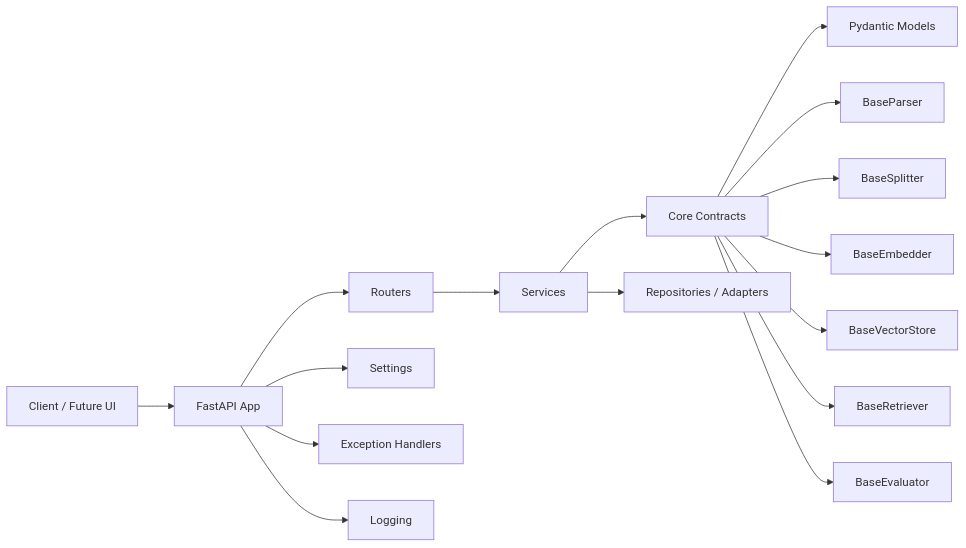
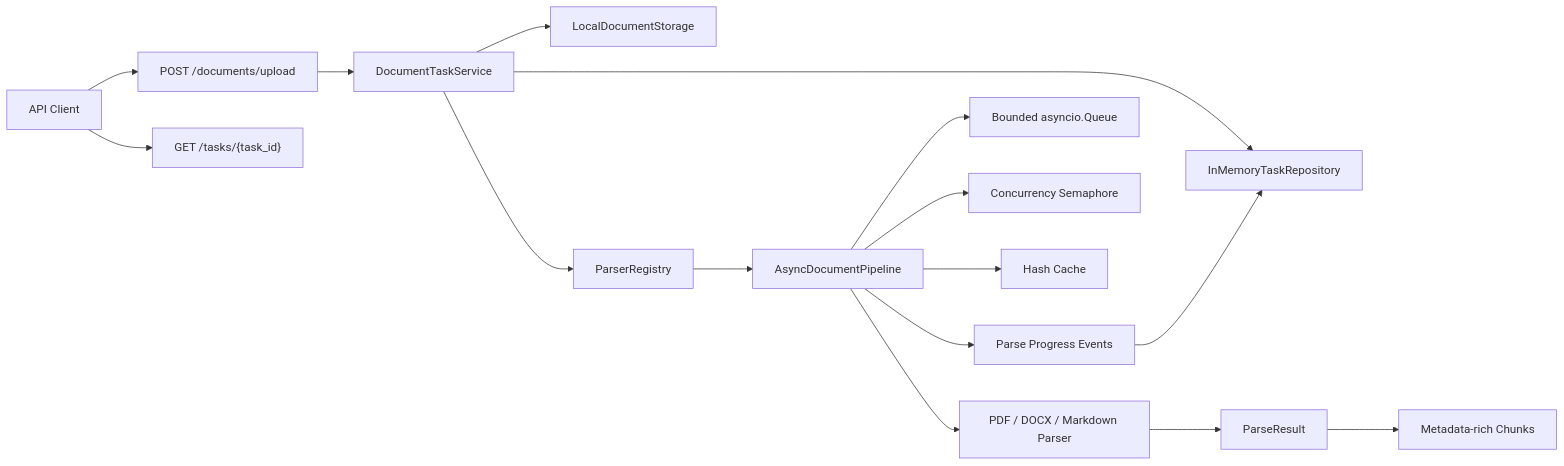
Before and after one commit to EricZhang-LK/enterprise-rag-engine: the diagram in README.md, drawn with Mermaid. The commit also changed other lines of this file and 6 other files, not shown here.

````diff
--- a/README.md
+++ b/README.md
@@ -81,20 +34,21 @@
 ```mermaid
 flowchart LR
-    Client["Client / Future UI"] --> API["FastAPI App"]
-    API --> Router["Routers"]
-    Router --> Service["Services"]
-    Service --> Contracts["Core Contracts"]
-    Contracts --> Models["Pydantic Models"]
-    Service --> Repository["Repositories / Adapters"]
+    Client["API Client"] --> Upload["POST /documents/upload"]
+    Client --> TaskAPI["GET /tasks/{task_id}"]
 
-    Contracts --> Parser["BaseParser"]
-    Contracts --> Splitter["BaseSplitter"]
-    Contracts --> Embedder["BaseEmbedder"]
-    Contracts --> VectorStore["BaseVectorStore"]
-    Contracts --> Retriever["BaseRetriever"]
-    Contracts --> Evaluator["BaseEvaluator"]
+    Upload --> Service["DocumentTaskService"]
+    Service --> Storage["LocalDocumentStorage"]
+    Service --> TaskRepo["InMemoryTaskRepository"]
+    Service --> Registry["ParserRegistry"]
 
-    API --> Settings["Settings"]
-    API --> Errors["Exception Handlers"]
-    API --> Logging["Logging"]
+    Registry --> Pipeline["AsyncDocumentPipeline"]
+    Pipeline --> Queue["Bounded asyncio.Queue"]
+    Pipeline --> Semaphore["Concurrency Semaphore"]
+    Pipeline --> Cache["Hash Cache"]
+    Pipeline --> Events["Parse Progress Events"]
+    Events --> TaskRepo
+
+    Pipeline --> Parser["PDF / DOCX / Markdown Parser"]
+    Parser --> Result["ParseResult"]
+    Result --> Chunks["Metadata-rich Chunks"]
 ```
````
